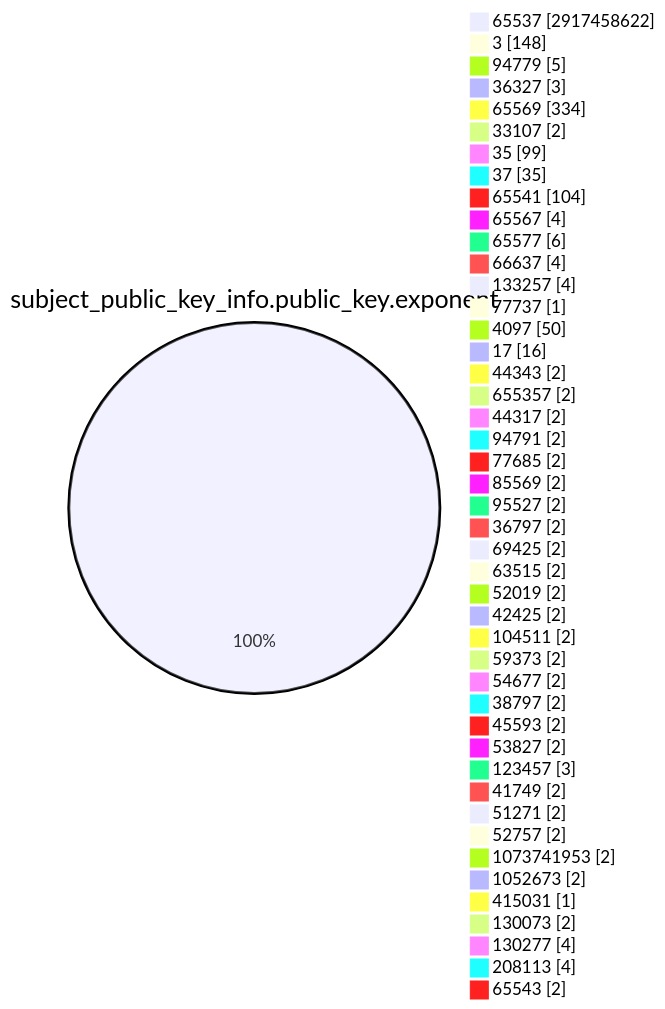
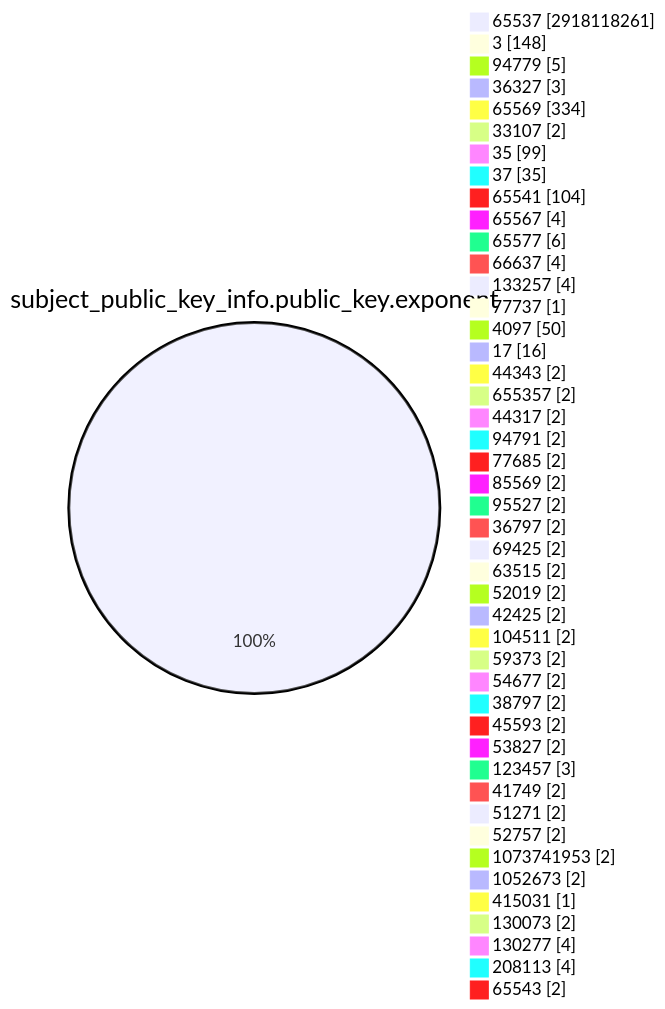
Before and after one commit to christiankrug/ctmonitor_visualization: the fourth of 15 diagrams in TOTAL/README.md, drawn with Mermaid. The commit also changed other lines of this file, not shown here.

````diff
--- a/TOTAL/README.md
+++ b/TOTAL/README.md
@@ -1469,49 +1469,49 @@
 ```mermaid
 pie showData
 title subject_public_key_info.public_key.exponent
-"65537" :2917458622
+"65537" :2918118261
 "3" :148
 "94779" :5
 "36327" :3
 "65569" :334
 "33107" :2
 "35" :99
 "37" :35
 "65541" :104
 "65567" :4
 "65577" :6
 "66637" :4
 "133257" :4
 "77737" :1
 "4097" :50
 "17" :16
 "44343" :2
 "655357" :2
 "44317" :2
 "94791" :2
 "77685" :2
 "85569" :2
 "95527" :2
 "36797" :2
 "69425" :2
 "63515" :2
 "52019" :2
 "42425" :2
 "104511" :2
 "59373" :2
 "54677" :2
 "38797" :2
 "45593" :2
 "53827" :2
 "123457" :3
 "41749" :2
 "51271" :2
 "52757" :2
 "1073741953" :2
 "1052673" :2
 "415031" :1
 "130073" :2
 "130277" :4
 "208113" :4
 "65543" :2
 ```
````
